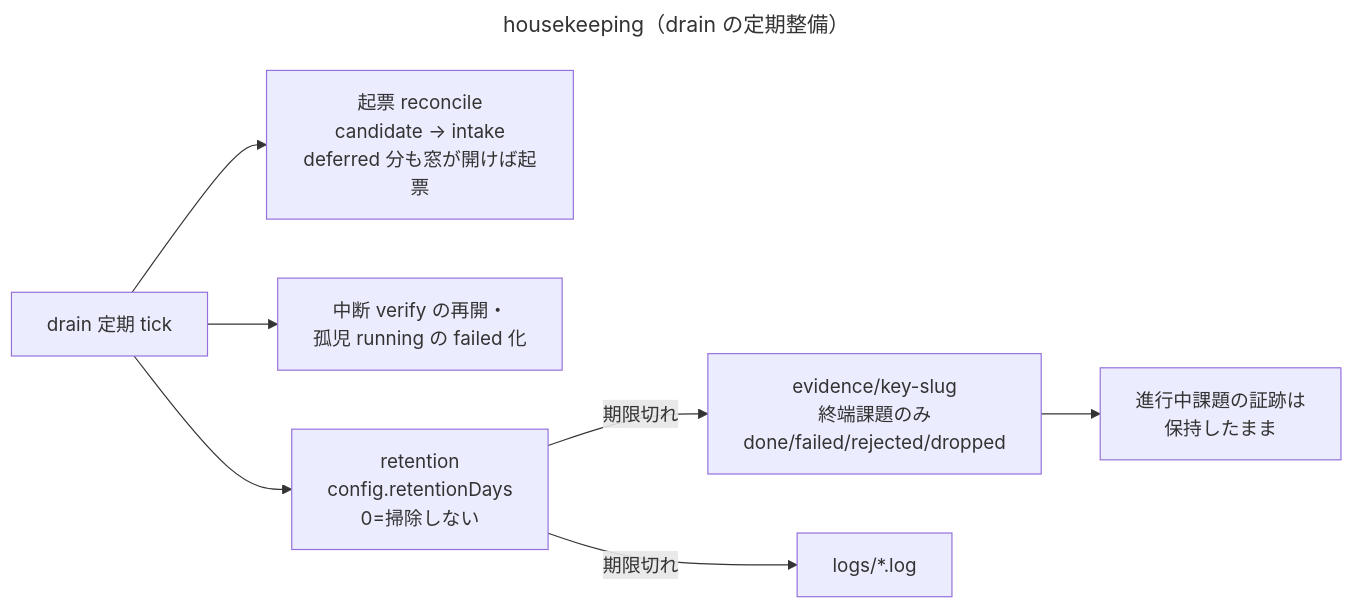
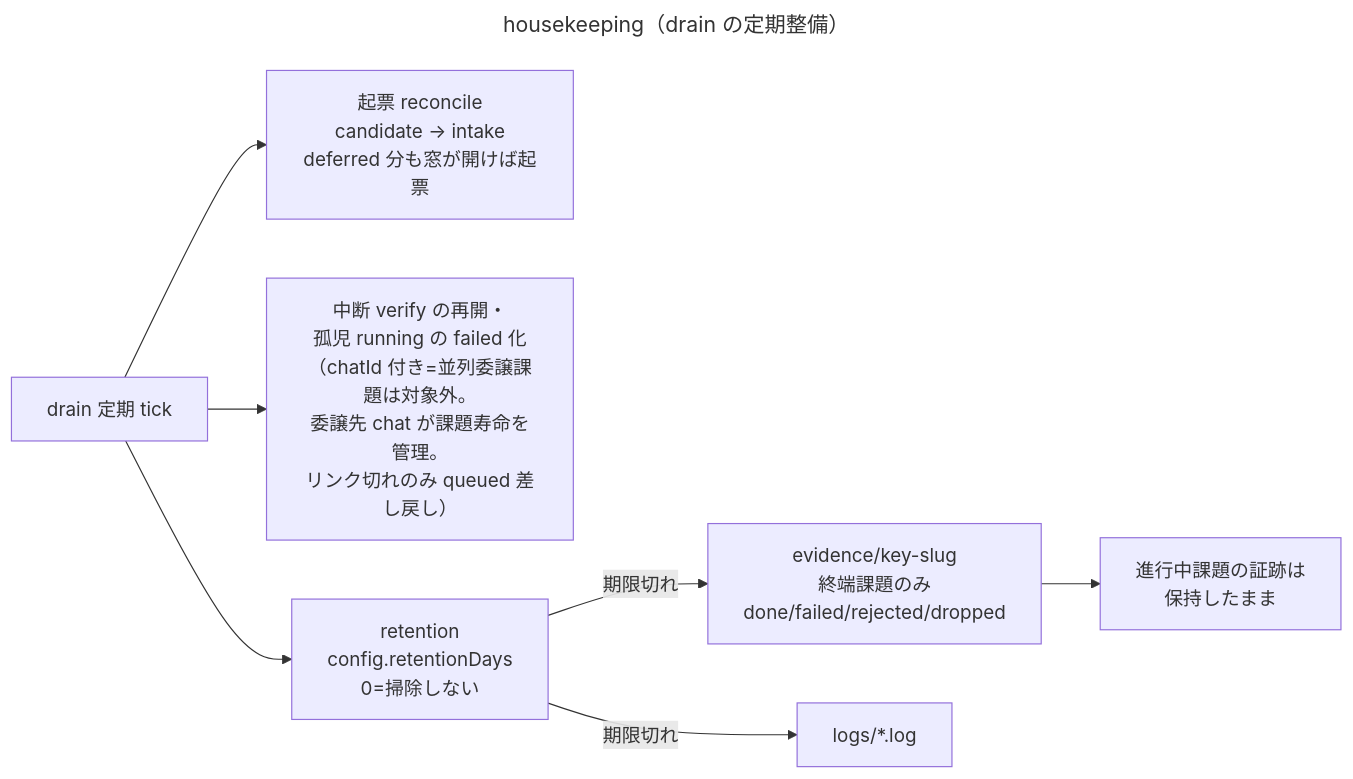
One commit to yamamoto-ryuzo/kasugai_agent changed the diagram in diagrams/housekeep.mmd. Above: the diagram before and after it, drawn with Mermaid. The commit also changed 80 other files, not shown here.

```diff
--- a/diagrams/housekeep.mmd
+++ b/diagrams/housekeep.mmd
@@ -1,10 +1,10 @@
 ---
 title: housekeeping（drain の定期整備）
 ---
 flowchart LR
     TICK[drain 定期 tick] --> REC[起票 reconcile<br/>candidate → intake<br/>deferred 分も窓が開けば起票]
-    TICK --> ORPH[中断 verify の再開・<br/>孤児 running の failed 化]
+    TICK --> ORPH[中断 verify の再開・<br/>孤児 running の failed 化<br/>（chatId 付き=並列委譲課題は対象外。<br/>委譲先 chat が課題寿命を管理。<br/>リンク切れのみ queued 差し戻し）]
     TICK --> RET[retention<br/>config.retentionDays<br/>0=掃除しない]
     RET -->|期限切れ| EV[evidence/key-slug<br/>終端課題のみ<br/>done/failed/rejected/dropped]
     RET -->|期限切れ| LG[logs/*.log]
     EV --> KEEP[進行中課題の証跡は<br/>保持したまま]
```
